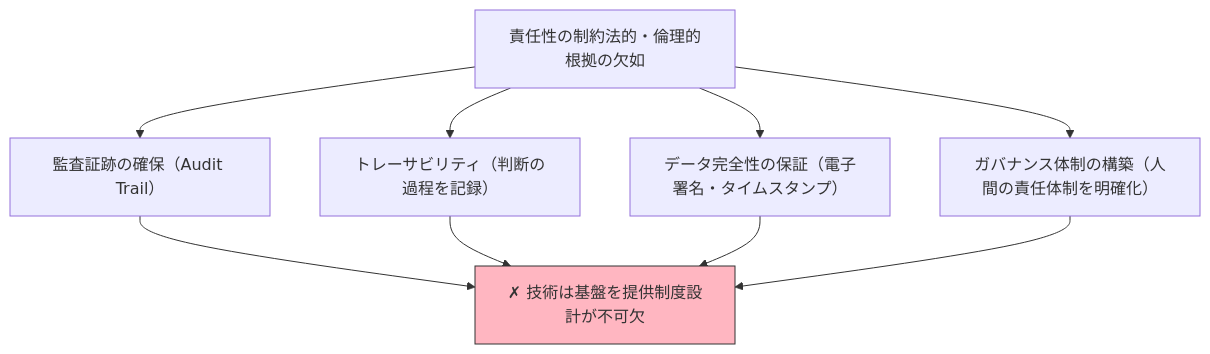
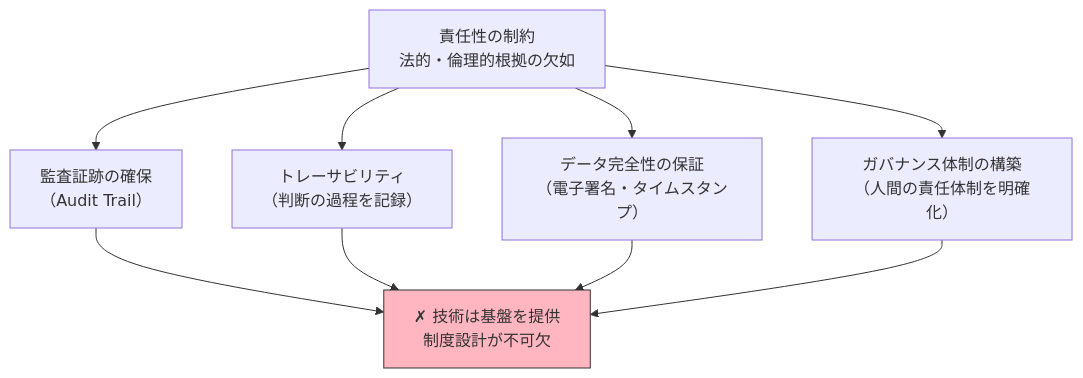
One commit to shuji-bonji/ai-agent-architecture changed the eighth of 10 diagrams in docs/ja/concepts/05-solving-ai-limitations.md. Above: the diagram before and after it, drawn with Mermaid. The commit also changed other lines of this file and 8 other files, not shown here.

````diff
--- a/docs/ja/concepts/05-solving-ai-limitations.md
+++ b/docs/ja/concepts/05-solving-ai-limitations.md
@@ -296,16 +296,16 @@
 ```mermaid
 flowchart TB
-    PROBLEM["責任性の制約<bn>法的・倫理的根拠の欠如"]
+    PROBLEM["責任性の制約<br>法的・倫理的根拠の欠如"]
 
-    PROBLEM --> AUDIT["監査証跡の確保<bn>（Audit Trail）"]
-    PROBLEM --> TRACE["トレーサビリティ<bn>（判断の過程を記録）"]
-    PROBLEM --> INTEGRITY["データ完全性の保証<bn>（電子署名・タイムスタンプ）"]
-    PROBLEM --> GOVERNANCE["ガバナンス体制の構築<bn>（人間の責任体制を明確化）"]
+    PROBLEM --> AUDIT["監査証跡の確保<br>（Audit Trail）"]
+    PROBLEM --> TRACE["トレーサビリティ<br>（判断の過程を記録）"]
+    PROBLEM --> INTEGRITY["データ完全性の保証<br>（電子署名・タイムスタンプ）"]
+    PROBLEM --> GOVERNANCE["ガバナンス体制の構築<br>（人間の責任体制を明確化）"]
 
-    AUDIT --> EVAL["✗ 技術は基盤を提供<bn>制度設計が不可欠"]
+    AUDIT --> EVAL["✗ 技術は基盤を提供<br>制度設計が不可欠"]
     TRACE --> EVAL
     INTEGRITY --> EVAL
     GOVERNANCE --> EVAL
 
     style EVAL fill:#FFB6C1,color:#333,stroke:#333
 ```
````
